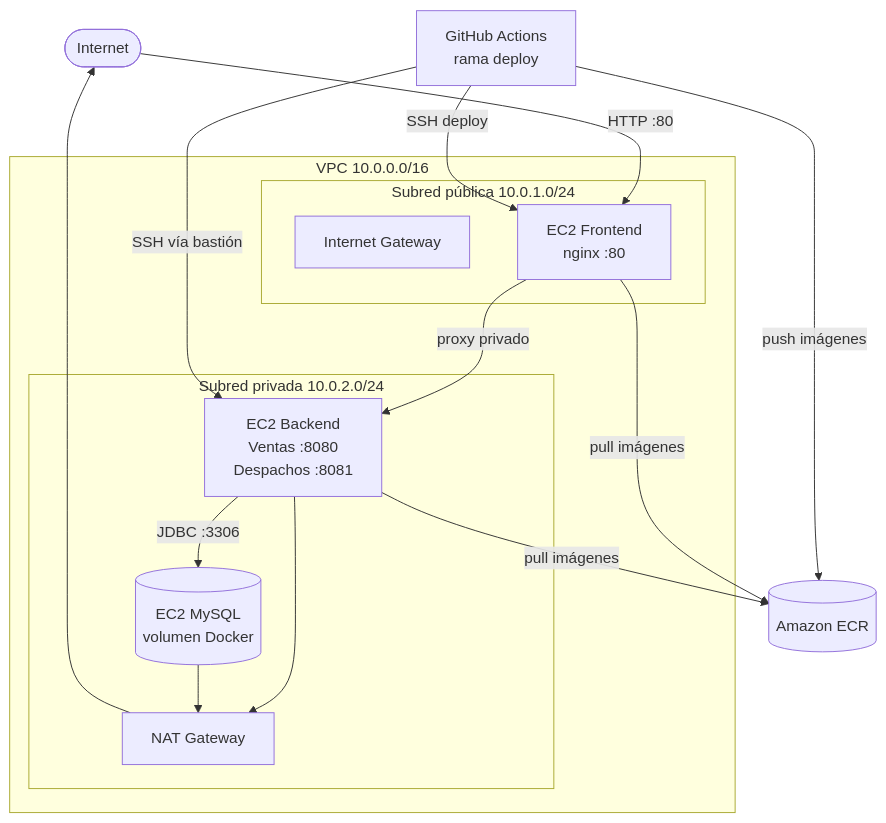
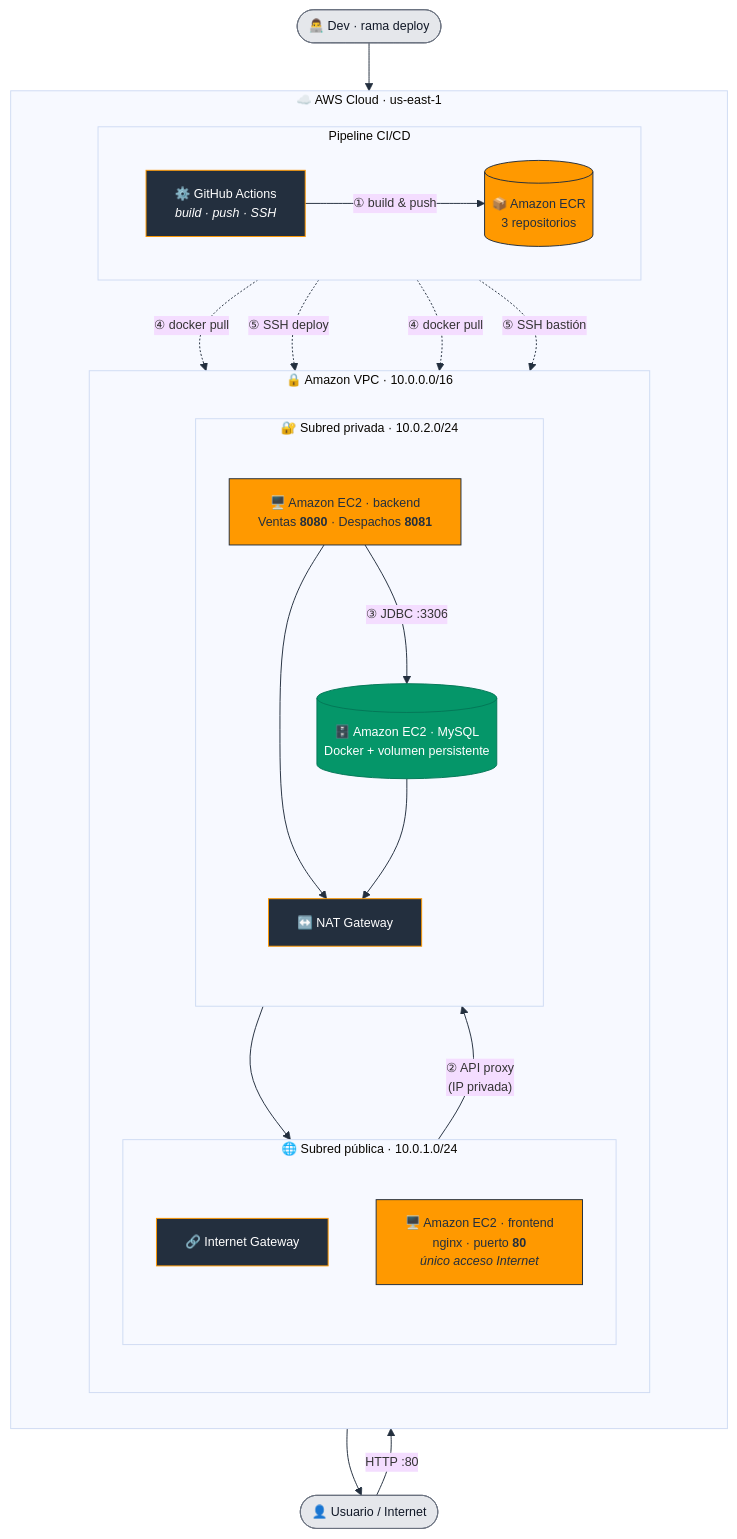
The diagram in README.md (FelipeArdiles/devops-ev2), drawn with Mermaid before and after one commit. The commit also changed other lines of this file and 1 other file, not shown here.

Commit message:
docs: mejorar diagrama de arquitectura con colores e imagen AWS

````diff
--- a/README.md
+++ b/README.md
@@ -254,30 +265,65 @@
 ```mermaid
+%%{init: {'theme': 'base', 'themeVariables': {'fontSize': '13px', 'lineColor': '#232F3E'}}}%%
 flowchart TB
-    Internet([Internet])
-    GH[GitHub Actions\nrama deploy]
-    ECR[(Amazon ECR)]
+    USUARIO(["👤 Usuario / Internet"])
+    DEV(["👨‍💻 Dev · rama deploy"])
 
-    subgraph VPC["VPC 10.0.0.0/16"]
-        subgraph Public["Subred pública 10.0.1.0/24"]
-            IGW[Internet Gateway]
-            FE[EC2 Frontend\nnginx :80]
+    subgraph AWS["☁️  AWS Cloud · us-east-1"]
+        direction TB
+
+        subgraph CICD["Pipeline CI/CD"]
+            direction LR
+            GH["⚙️ GitHub Actions<br/><i>build · push · SSH</i>"]
+            ECR[("📦 Amazon ECR<br/>3 repositorios")]
+            GH -->|"① build & push"| ECR
         end
-        subgraph Private["Subred privada 10.0.2.0/24"]
-            NAT[NAT Gateway]
-            BE[EC2 Backend\nVentas :8080\nDespachos :8081]
-            DB[(EC2 MySQL\nvolumen Docker)]
+
+        subgraph VPC["🔒 Amazon VPC · 10.0.0.0/16"]
+            direction TB
+
+            subgraph PUB["🌐 Subred pública · 10.0.1.0/24"]
+                direction TB
+                IGW["🔗 Internet Gateway"]
+                FE["🖥️ Amazon EC2 · frontend<br/>nginx · puerto <b>80</b><br/><i>único acceso Internet</i>"]
+            end
+
+            subgraph PRIV["🔐 Subred privada · 10.0.2.0/24"]
+                direction TB
+                NAT["↔️ NAT Gateway"]
+                BE["🖥️ Amazon EC2 · backend<br/>Ventas <b>8080</b> · Despachos <b>8081</b>"]
+                DB[("🗄️ Amazon EC2 · MySQL<br/>Docker + volumen persistente")]
+            end
+
+            FE -->|"② API proxy<br/>(IP privada)"| BE
+            BE -->|"③ JDBC :3306"| DB
+            BE --> NAT
+            DB --> NAT
+            NAT --> IGW
         end
+
+        ECR -.->|"④ docker pull"| FE
+        ECR -.->|"④ docker pull"| BE
+        GH -.->|"⑤ SSH deploy"| FE
+        GH -.->|"⑤ SSH bastión"| BE
     end
 
-    Internet -->|HTTP :80| FE
-    FE -->|proxy privado| BE
-    BE -->|JDBC :3306| DB
-    GH -->|push imágenes| ECR
-    GH -->|SSH deploy| FE
-    GH -->|SSH vía bastión| BE
-    BE -->|pull imágenes| ECR
-    FE -->|pull imágenes| ECR
-    NAT --> Internet
-    BE --> NAT
-    DB --> NAT
+    USUARIO -->|"HTTP :80"| FE
+    DEV --> GH
+    IGW --> USUARIO
+
+    classDef internet fill:#E5E7EB,stroke:#6B7280,color:#111827
+    classDef cicd fill:#232F3E,stroke:#FF9900,color:#FFFFFF
+    classDef ecr fill:#FF9900,stroke:#232F3E,color:#232F3E
+    classDef pubSubnet fill:#DBEAFE,stroke:#2563EB,color:#1E40AF
+    classDef privSubnet fill:#EDE9FE,stroke:#7C3AED,color:#5B21B6
+    classDef compute fill:#FF9900,stroke:#232F3E,color:#232F3E
+    classDef network fill:#232F3E,stroke:#FF9900,color:#FFFFFF
+    classDef data fill:#059669,stroke:#047857,color:#FFFFFF
+
+    class USUARIO,DEV internet
+    class GH network
+    class ECR ecr
+    class IGW,NAT network
+    class FE,BE compute
+    class DB data
 ```
````
